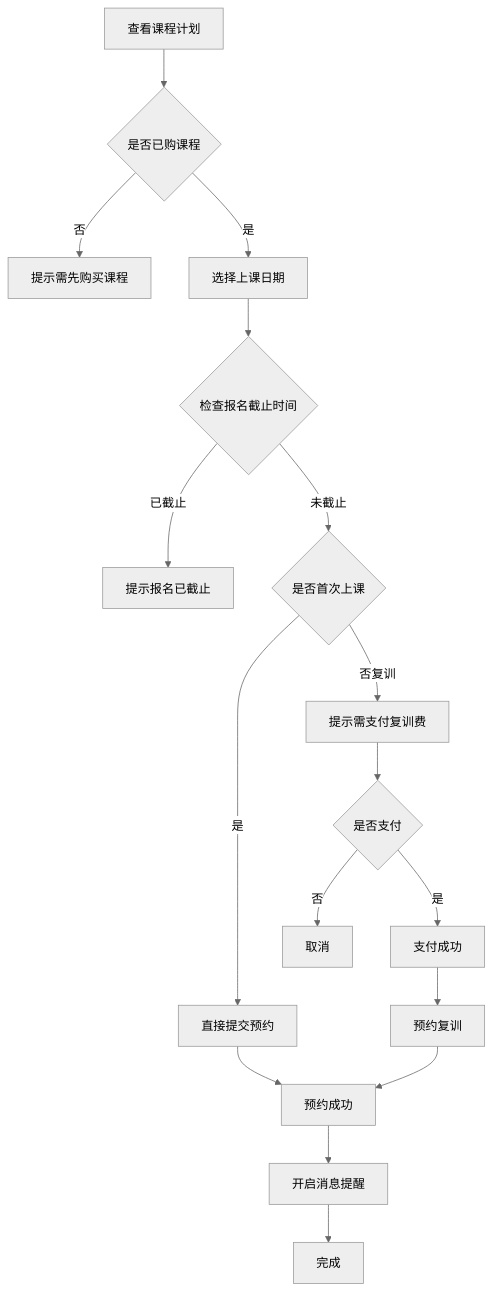
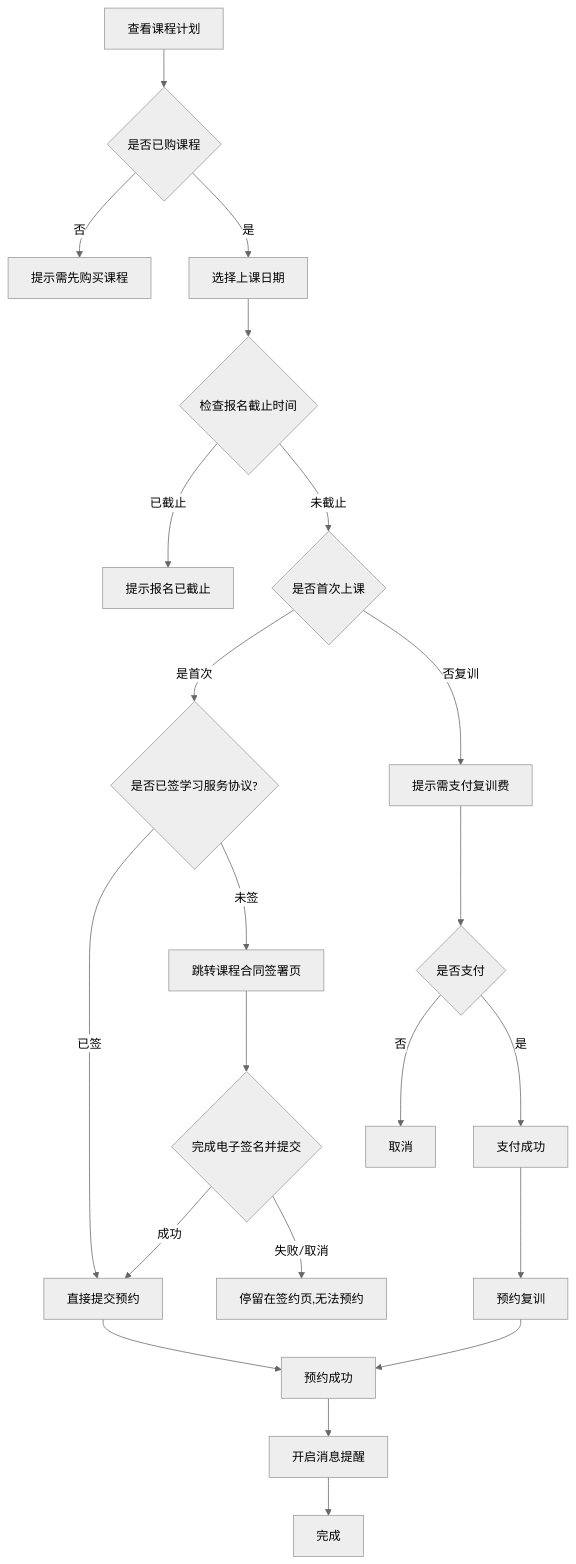
One commit to richenHe/tiandaowenhua_xcx changed the fifth of 22 diagrams in 需求文档-V2.md. Above: the diagram before and after it, drawn with Mermaid (neutral theme). The commit also changed other lines of this file and 25 other files, not shown here.

````diff
--- a/需求文档-V2.md
+++ b/需求文档-V2.md
@@ -658,22 +666,27 @@
 ```mermaid
 flowchart TD
     A[查看课程计划] --> B{是否已购课程}
     B -->|否| C[提示需先购买课程]
     B -->|是| D[选择上课日期]
     D --> E{检查报名截止时间}
     E -->|已截止| F[提示报名已截止]
     E -->|未截止| G{是否首次上课}
     
-    G -->|是| H1[直接提交预约]
+    G -->|是首次| H0{是否已签学习服务协议?}
+    H0 -->|已签| H1[直接提交预约]
+    H0 -->|未签| H0a[跳转课程合同签署页]
+    H0a --> H0b{完成电子签名并提交}
+    H0b -->|成功| H1
+    H0b -->|失败/取消| H0c[停留在签约页,无法预约]
     H1 --> I1[预约成功]
     
     G -->|否复训| H2[提示需支付复训费]
     H2 --> H3{是否支付}
     H3 -->|是| H4[支付成功]
     H3 -->|否| H5[取消]
     H4 --> H6[预约复训]
     H6 --> I1
     
     I1 --> J[开启消息提醒]
     J --> K[完成]
 ```
````
